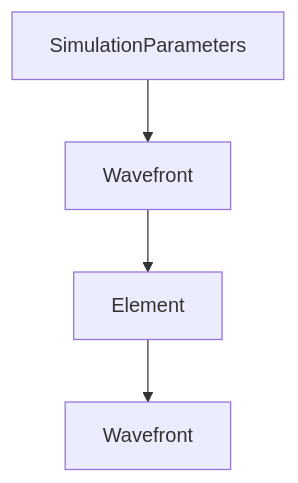
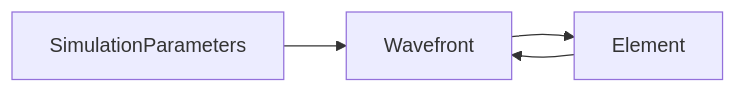
One commit to ChS23/svetlanna-docs changed the diagram in app/docs/getting-started/concepts/page.mdx. Above: the diagram before and after it, drawn with Mermaid.

Commit message:
fix: update flowchart direction in documentation
- Change flowchart direction from TB (top-bottom) to LR (left-right) for better readability in the getting started concepts section.

````diff
--- a/app/docs/getting-started/concepts/page.mdx
+++ b/app/docs/getting-started/concepts/page.mdx
@@ -9,6 +9,6 @@
 ```mermaid
-flowchart TB
+flowchart LR
     A[SimulationParameters] --> B[Wavefront]
     B --> C[Element]
-    C --> D[Wavefront]
+    C --> B
 ```
````
